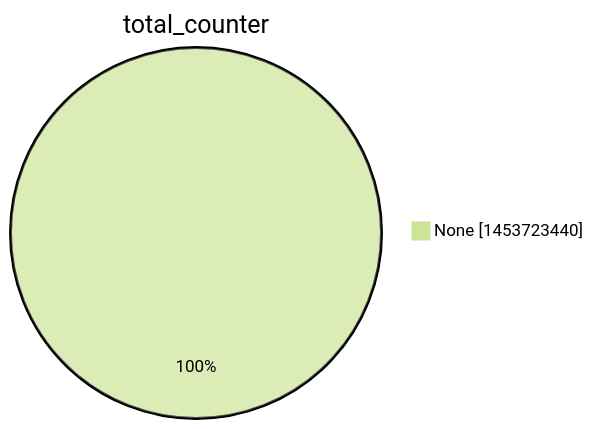
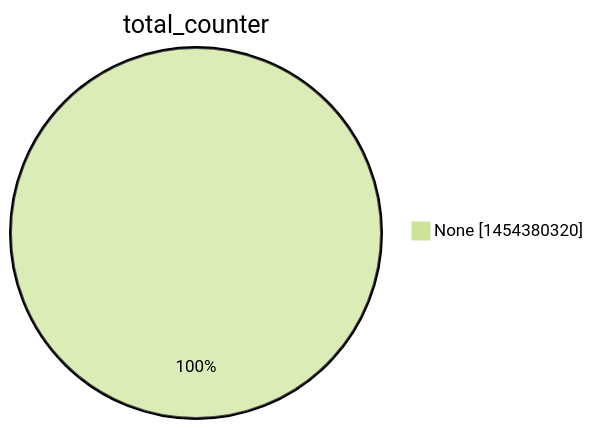
One commit to christiankrug/ctmonitor_visualization changed the second of 15 diagrams in argon2022/README.md. Above: the diagram before and after it, drawn with Mermaid (forest theme). The commit also changed other lines of this file, not shown here.

````diff
--- a/argon2022/README.md
+++ b/argon2022/README.md
@@ -9,5 +9,5 @@
 ```mermaid
 pie showData
 title total_counter
-"None" :1453723440
+"None" :1454380320
 ```
````
